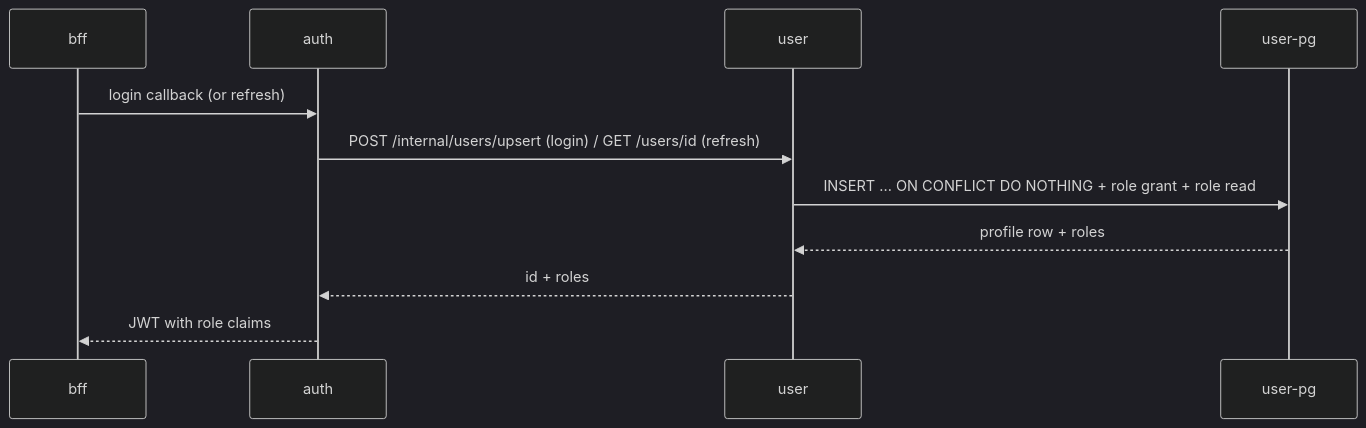
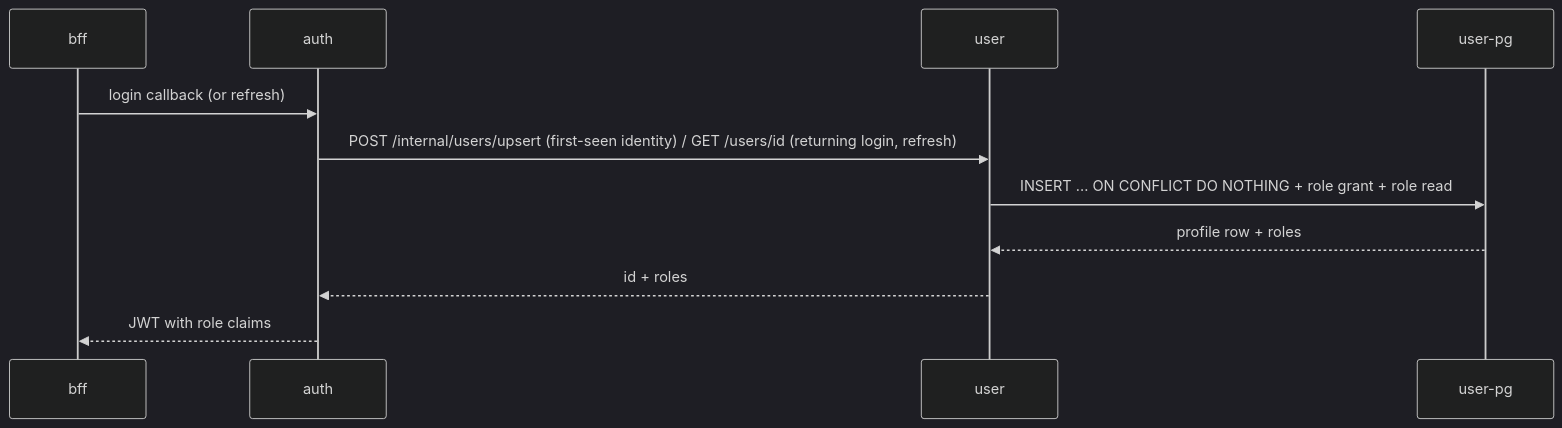
One commit to levonn-dev/vg-collect changed the second of 2 diagrams in docs/runbooks/user.md. Above: the diagram before and after it, drawn with Mermaid (dark theme). The commit also changed other lines of this file and 1 other file, not shown here.

Commit message:
docs(user): add the service README and align the runbook with identity-first login

````diff
--- a/docs/runbooks/user.md
+++ b/docs/runbooks/user.md
@@ -65,13 +69,13 @@
 ```mermaid
 sequenceDiagram
     participant B as bff
     participant A as auth
     participant U as user
     participant P as user-pg
     B->>A: login callback (or refresh)
-    A->>U: POST /internal/users/upsert (login) / GET /users/id (refresh)
+    A->>U: POST /internal/users/upsert (first-seen identity) / GET /users/id (returning login, refresh)
     U->>P: INSERT ... ON CONFLICT DO NOTHING + role grant + role read
     P-->>U: profile row + roles
     U-->>A: id + roles
     A-->>B: JWT with role claims
 ```
````
